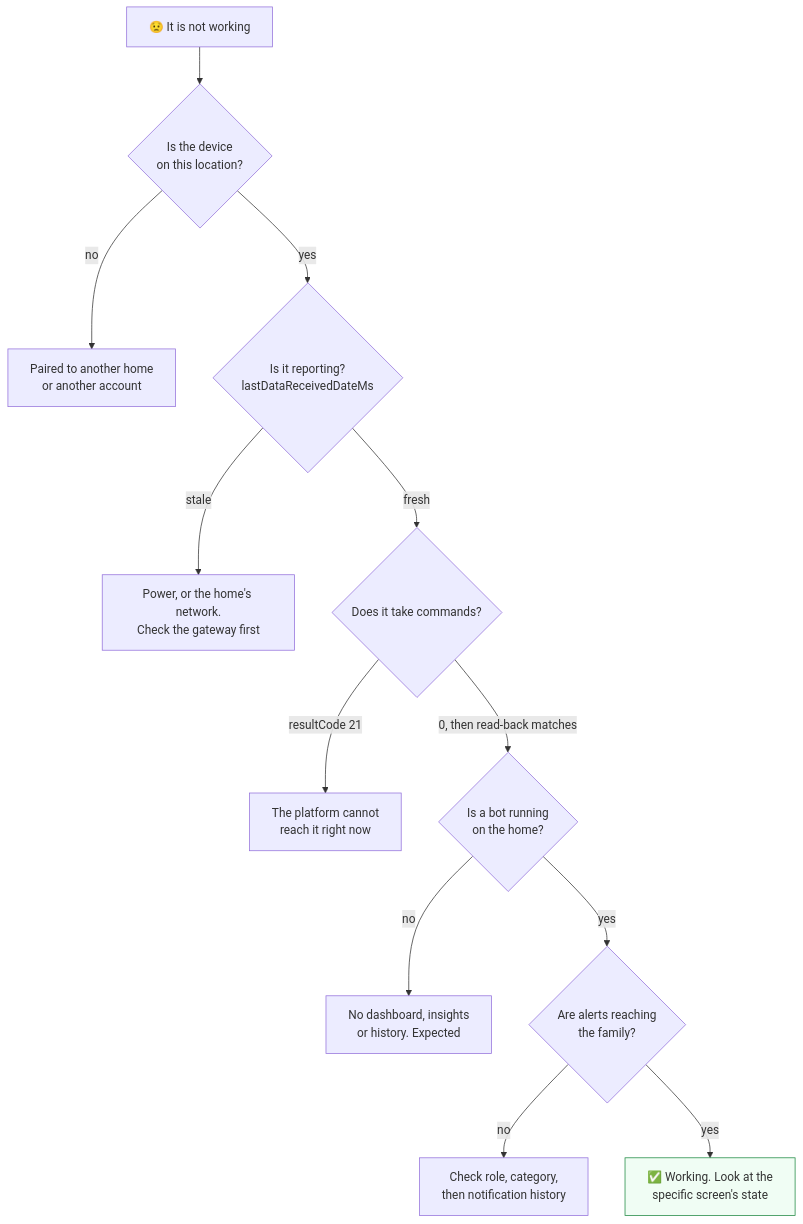
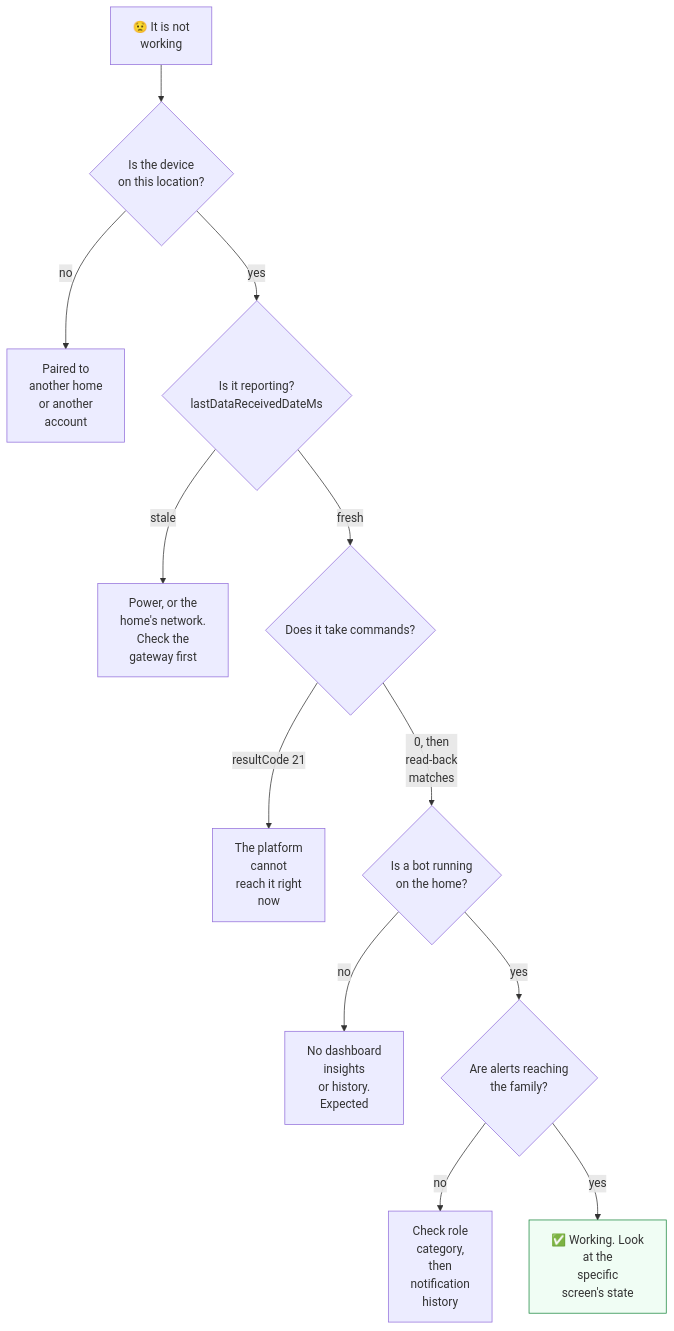
Before and after one commit to CareDailyAI/docs: the diagram in guides/troubleshooting.md, drawn with Mermaid. The commit also changed 30 other files, not shown here.

First line of the commit message:
Diagrams: wrap every flowchart label to short rows so Chrome stops clipping them

````diff
--- a/guides/troubleshooting.md
+++ b/guides/troubleshooting.md
@@ -9,16 +9,16 @@
 ```mermaid
 flowchart TD
-    Q["😟 It is not working"] --> A{"Is the device<br/>on this location?"}
-    A -->|"no"| A1["Paired to another home<br/>or another account"]
+    Q["😟 It is not<br/>working"] --> A{"Is the device<br/>on this location?"}
+    A -->|"no"| A1["Paired to<br/>another home<br/>or another<br/>account"]
     A -->|"yes"| B{"Is it reporting?<br/>lastDataReceivedDateMs"}
-    B -->|"stale"| B1["Power, or the home's network.<br/>Check the gateway first"]
+    B -->|"stale"| B1["Power, or the<br/>home's network.<br/>Check the<br/>gateway first"]
     B -->|"fresh"| C{"Does it take commands?"}
-    C -->|"resultCode 21"| C1["The platform cannot<br/>reach it right now"]
-    C -->|"0, then read-back matches"| D{"Is a bot running<br/>on the home?"}
-    D -->|"no"| D1["No dashboard, insights<br/>or history. Expected"]
+    C -->|"resultCode 21"| C1["The platform<br/>cannot<br/>reach it right<br/>now"]
+    C -->|"0, then<br/>read-back<br/>matches"| D{"Is a bot running<br/>on the home?"}
+    D -->|"no"| D1["No dashboard<br/>insights<br/>or history.<br/>Expected"]
     D -->|"yes"| E{"Are alerts reaching<br/>the family?"}
-    E -->|"no"| E1["Check role, category,<br/>then notification history"]
-    E -->|"yes"| F["✅ Working. Look at the<br/>specific screen's state"]
+    E -->|"no"| E1["Check role<br/>category,<br/>then<br/>notification<br/>history"]
+    E -->|"yes"| F["✅ Working. Look<br/>at the<br/>specific<br/>screen's state"]
 
     style F fill:#f0fdf4,stroke:#1b873f
 ```
````
